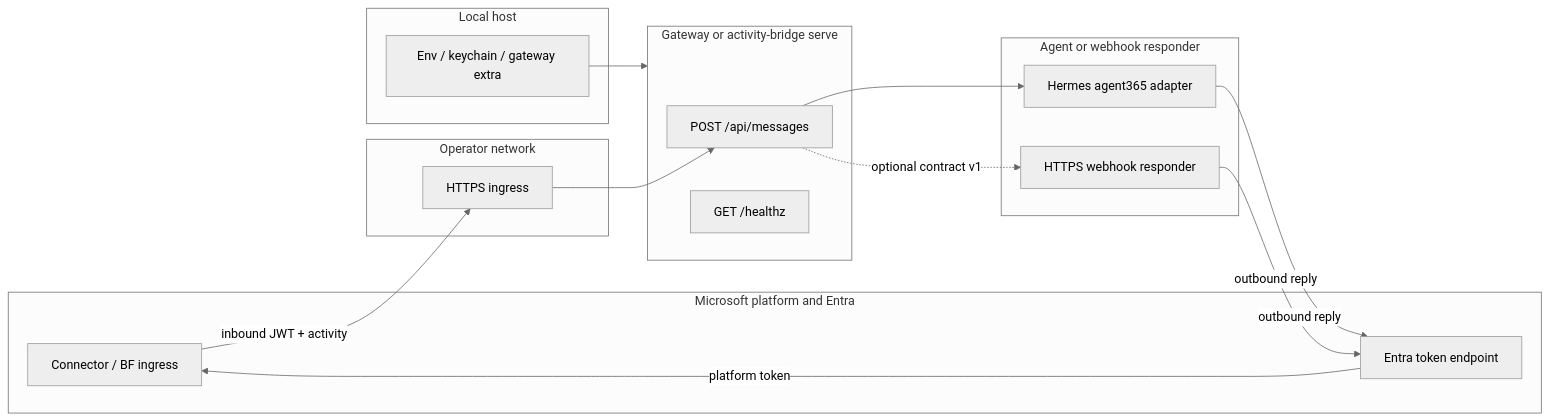
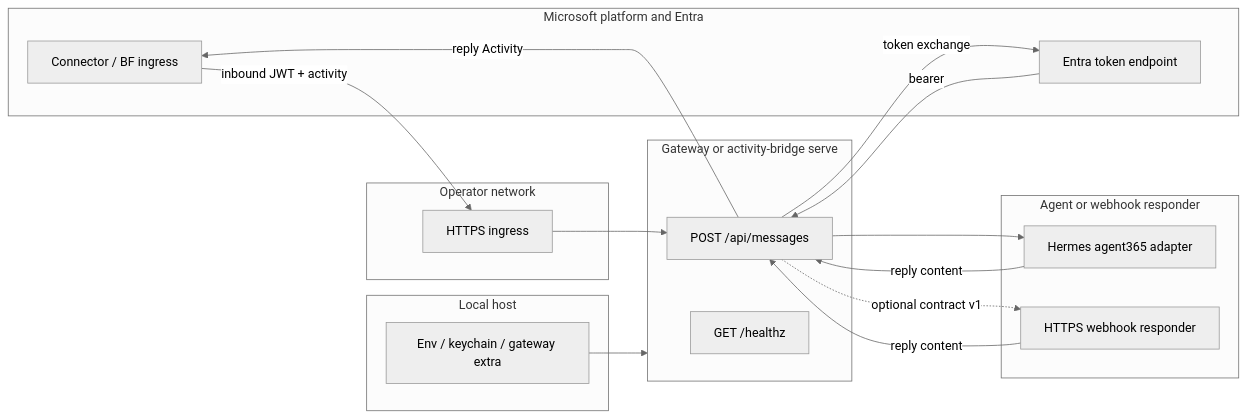
Before and after one commit to Satscryption/Hermes-A365: the diagram in docs/security-model.md, drawn with Mermaid (neutral theme). The commit also changed other lines of this file, not shown here.

First line of the commit message:
docs(C3.1): JWT-bound routing and bridge token flow in security model

````diff
--- a/docs/security-model.md
+++ b/docs/security-model.md
@@ -24,29 +24,31 @@
 ```mermaid
 flowchart LR
   subgraph MS["Microsoft platform and Entra"]
     CONN["Connector / BF ingress"]
     ENTRA["Entra token endpoint"]
   end
   subgraph OP["Operator network"]
     ING["HTTPS ingress"]
   end
   subgraph BRIDGE["Gateway or activity-bridge serve"]
     API["POST /api/messages"]
     HZ["GET /healthz"]
   end
   subgraph RUNTIME["Agent or webhook responder"]
     AG["Hermes agent365 adapter"]
     WH["HTTPS webhook responder"]
   end
   subgraph LOCAL["Local host"]
     CFG["Env / keychain / gateway extra"]
   end
   CONN -->|"inbound JWT + activity"| ING
   ING --> API
   API --> AG
   API -.->|"optional contract v1"| WH
-  AG -->|"outbound reply"| ENTRA
-  WH -->|"outbound reply"| ENTRA
-  ENTRA -->|"platform token"| CONN
+  AG -->|"reply content"| API
+  WH -->|"reply content"| API
+  API -->|"token exchange"| ENTRA
+  ENTRA -->|"bearer"| API
+  API -->|"reply Activity"| CONN
   CFG --> BRIDGE
 ```
````
